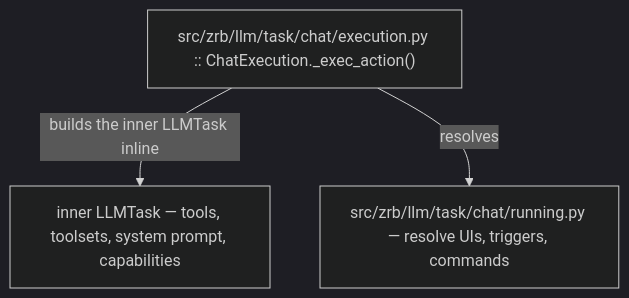
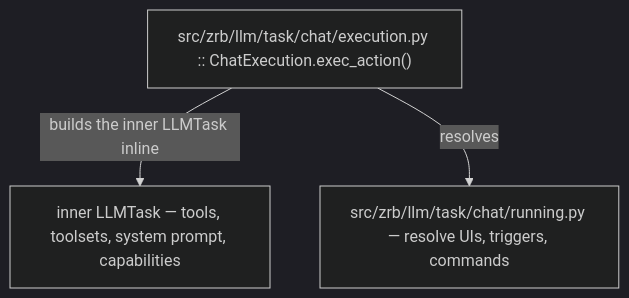
One commit to state-alchemists/zrb changed the third of 7 diagrams in docs/advanced-topics/llm-chat-lifecycle.md. Above: the diagram before and after it, drawn with Mermaid (dark theme). The commit also changed other lines of this file and 31 other files, not shown here.

````diff
--- a/docs/advanced-topics/llm-chat-lifecycle.md
+++ b/docs/advanced-topics/llm-chat-lifecycle.md
@@ -55,6 +55,6 @@
 ```mermaid
 flowchart TD
-    Exec["src/zrb/llm/task/chat/execution.py :: ChatExecution._exec_action()"]
+    Exec["src/zrb/llm/task/chat/execution.py :: ChatExecution.exec_action()"]
     Exec -->|builds the inner LLMTask inline| Build["inner LLMTask — tools, toolsets, system prompt, capabilities"]
     Exec -->|resolves| Running["src/zrb/llm/task/chat/running.py — resolve UIs, triggers, commands"]
 ```
````
